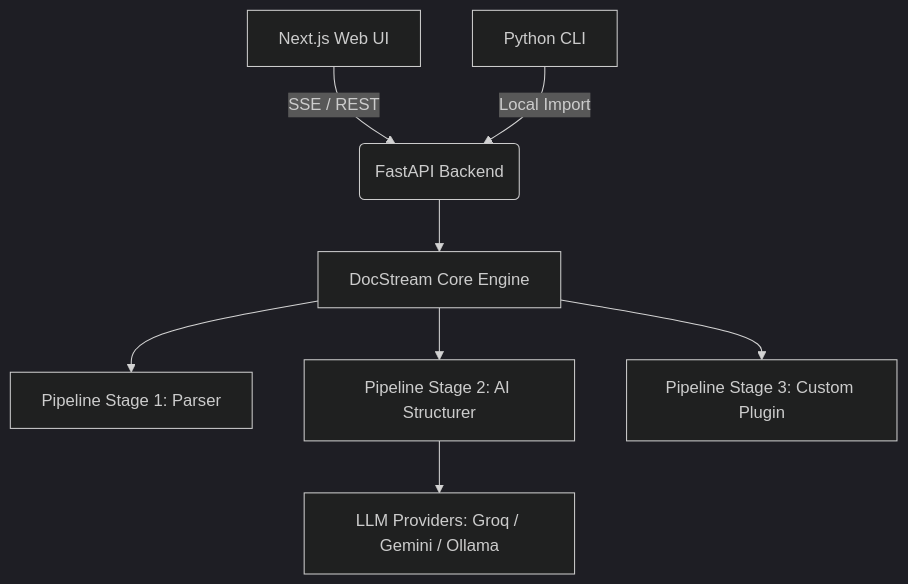
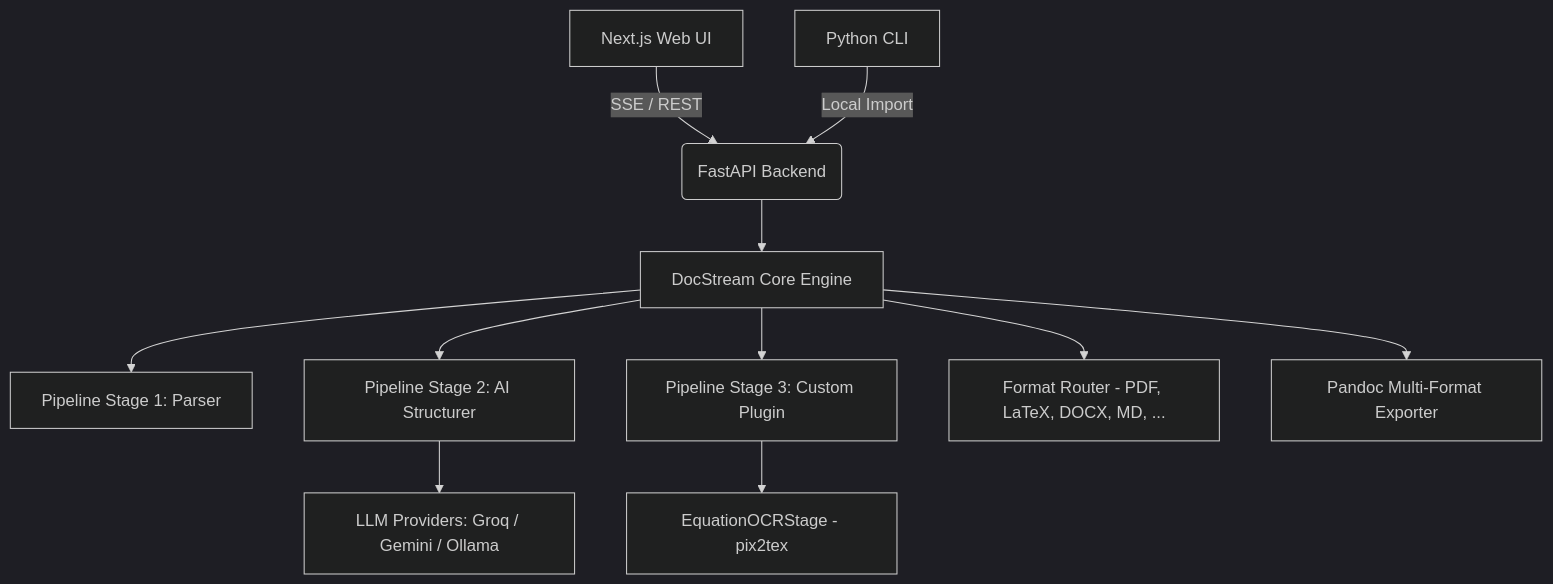
One commit to YashKasare21/docstream-new changed the diagram in README.md. Above: the diagram before and after it, drawn with Mermaid (dark theme). The commit also changed other lines of this file, not shown here.

````diff
--- a/README.md
+++ b/README.md
@@ -44,10 +49,13 @@
 ```mermaid
 graph TD
     A[Next.js Web UI] -->|SSE / REST| B(FastAPI Backend)
     C[Python CLI] -->|Local Import| B
     B --> D[DocStream Core Engine]
     D --> E[Pipeline Stage 1: Parser]
     D --> F[Pipeline Stage 2: AI Structurer]
     D --> G[Pipeline Stage 3: Custom Plugin]
-    F --> H[LLM Providers: Groq / Gemini / Ollama]
+    D --> H[Format Router - PDF, LaTeX, DOCX, MD, ...]
+    D --> I[Pandoc Multi-Format Exporter]
+    F --> J[LLM Providers: Groq / Gemini / Ollama]
+    G --> K[EquationOCRStage - pix2tex]
 ```
````
